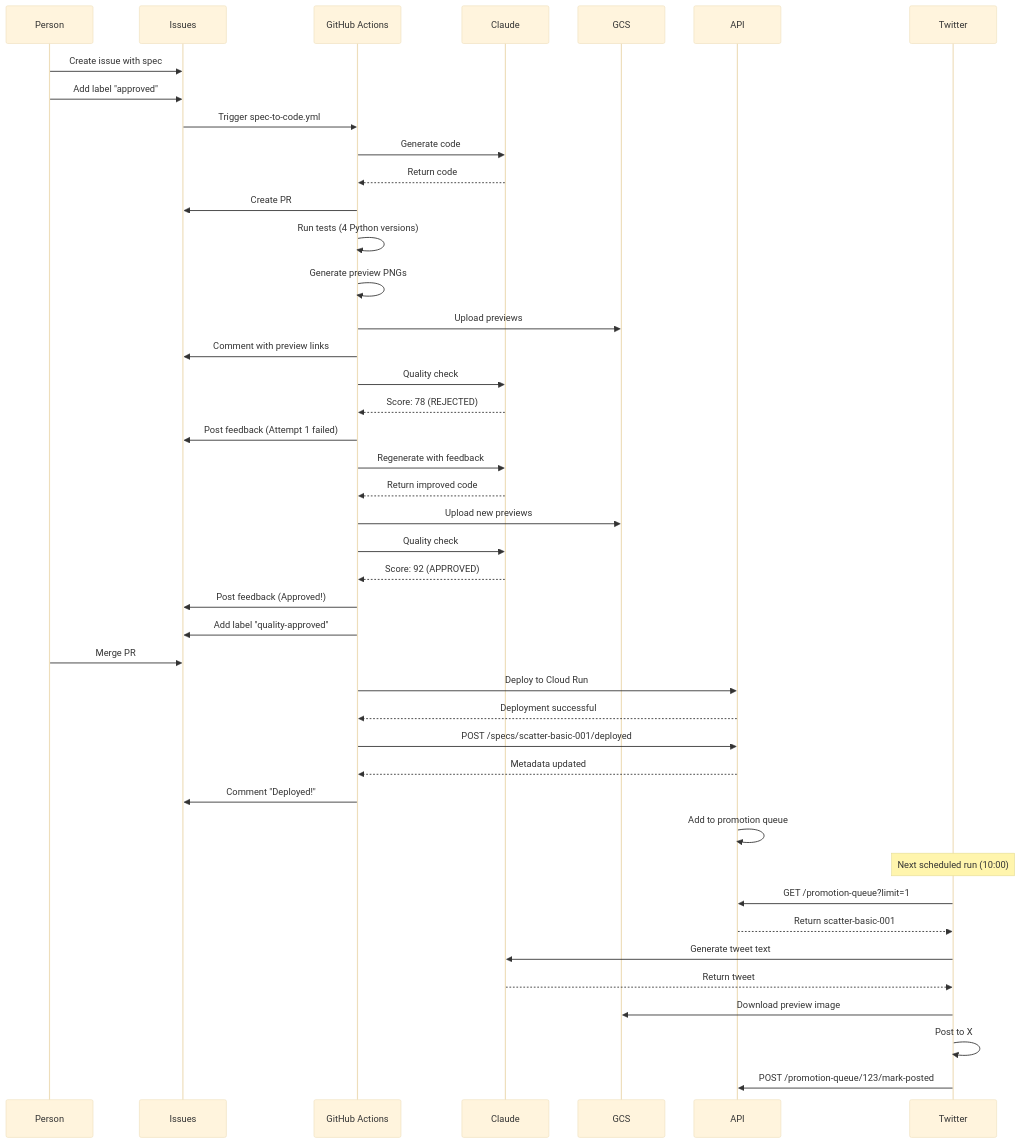
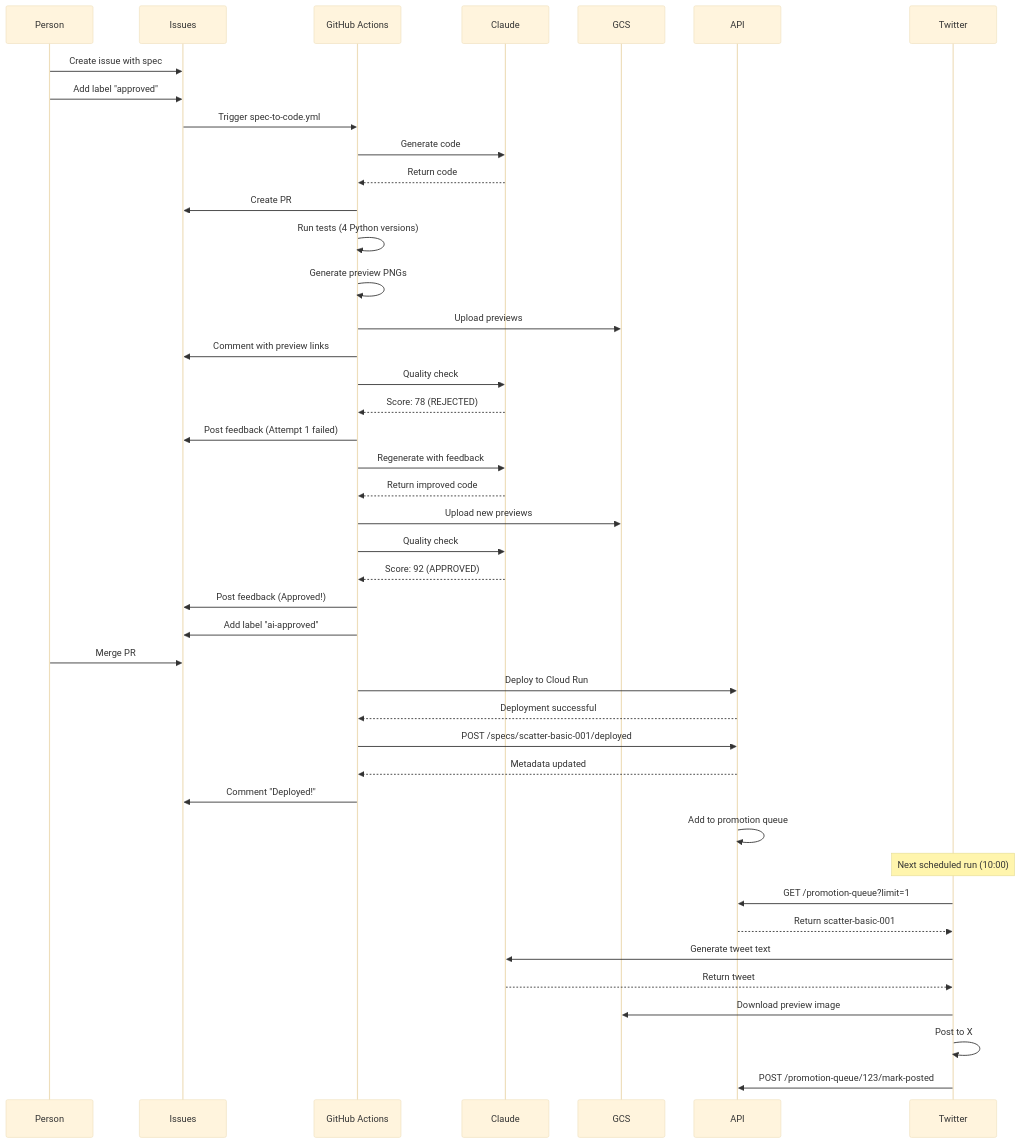
The second of 2 diagrams in docs/architecture/automation-workflows.md (MarkusNeusinger/pyplots), drawn with Mermaid (base theme) before and after one commit. The commit also changed other lines of this file and 6 other files, not shown here.

````diff
--- a/docs/architecture/automation-workflows.md
+++ b/docs/architecture/automation-workflows.md
@@ -660,52 +662,52 @@
 ```mermaid
 sequenceDiagram
     participant Person
     participant Issues
     participant GHA as GitHub Actions
     participant Claude
     participant GCS
     participant API
     participant Twitter
 
     Person->>Issues: Create issue with spec
     Person->>Issues: Add label "approved"
     Issues->>GHA: Trigger spec-to-code.yml
     GHA->>Claude: Generate code
     Claude-->>GHA: Return code
     GHA->>Issues: Create PR #124
 
     GHA->>GHA: Run tests (4 Python versions)
     GHA->>GHA: Generate preview PNGs
     GHA->>GCS: Upload previews
     GHA->>Issues: Comment with preview links
 
     GHA->>Claude: Quality check
     Claude-->>GHA: Score: 78 (REJECTED)
     GHA->>Issues: Post feedback (Attempt 1 failed)
 
     GHA->>Claude: Regenerate with feedback
     Claude-->>GHA: Return improved code
     GHA->>GCS: Upload new previews
     GHA->>Claude: Quality check
     Claude-->>GHA: Score: 92 (APPROVED)
     GHA->>Issues: Post feedback (Approved!)
-    GHA->>Issues: Add label "quality-approved"
+    GHA->>Issues: Add label "ai-approved"
 
     Person->>Issues: Merge PR #124
     GHA->>API: Deploy to Cloud Run
     API-->>GHA: Deployment successful
     GHA->>API: POST /specs/scatter-basic-001/deployed
     API-->>GHA: Metadata updated
     GHA->>Issues: Comment "Deployed!"
 
     API->>API: Add to promotion queue
 
     Note over Twitter: Next scheduled run (10:00)
     Twitter->>API: GET /promotion-queue?limit=1
     API-->>Twitter: Return scatter-basic-001
     Twitter->>Claude: Generate tweet text
     Claude-->>Twitter: Return tweet
     Twitter->>GCS: Download preview image
     Twitter->>Twitter: Post to X
     Twitter->>API: POST /promotion-queue/123/mark-posted
 ```
````
